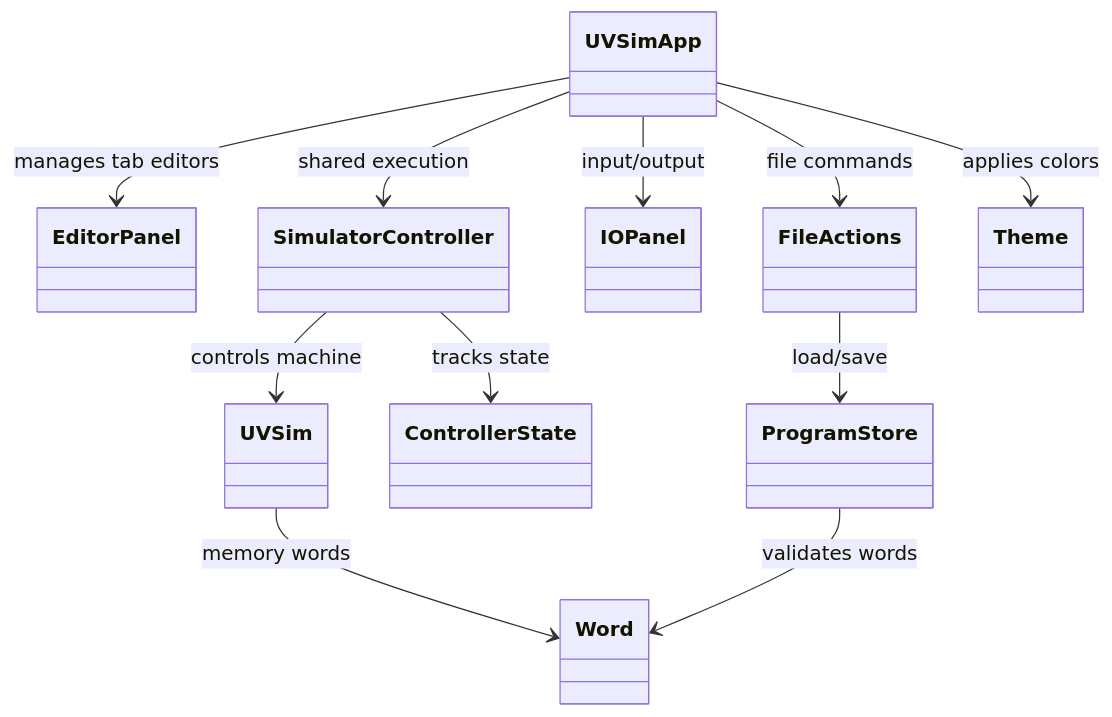
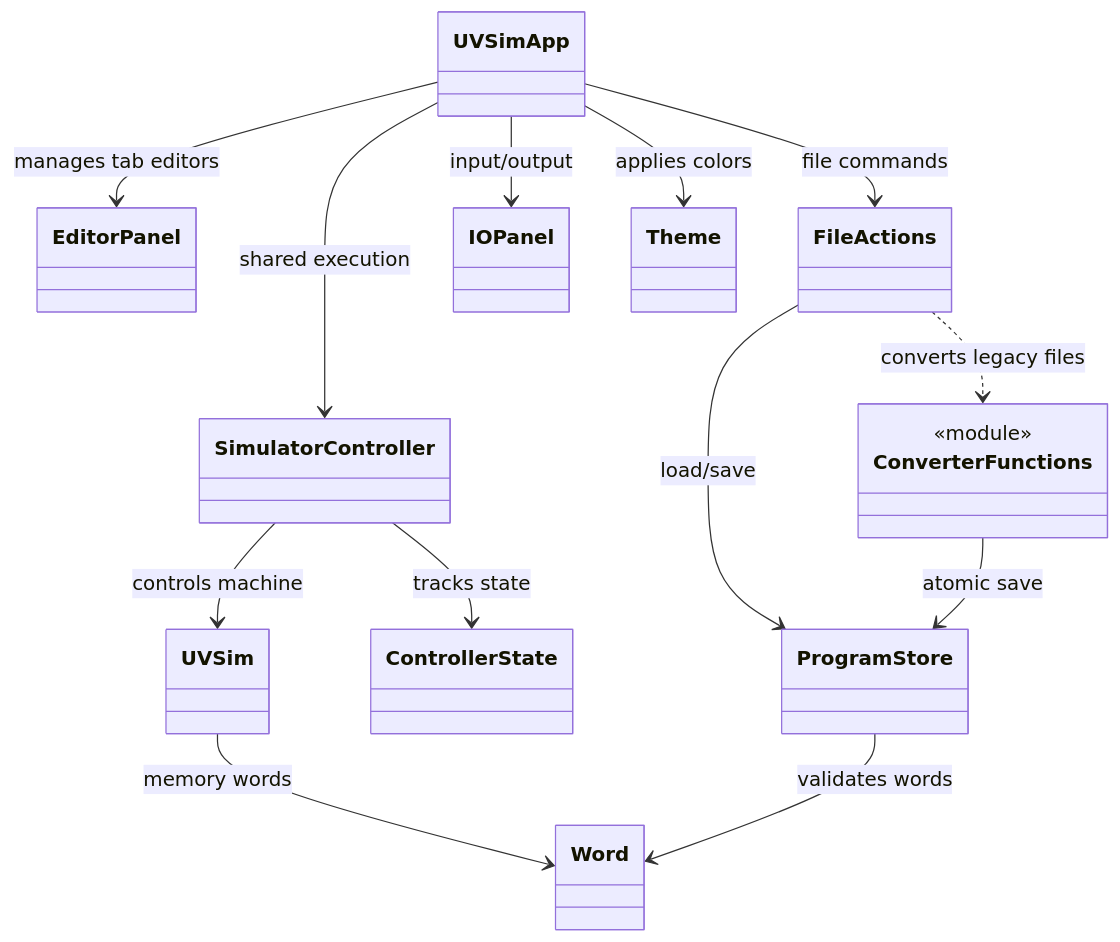
The diagram in Milestone 5/class-definitions.md (hchatwin-uvu/UVSim), drawn with Mermaid before and after one commit. The commit also changed other lines of this file and 13 other files, not shown here.

````diff
--- a/Milestone 5/class-definitions.md
+++ b/Milestone 5/class-definitions.md
@@ -7,13 +7,18 @@
 ```mermaid
 classDiagram
     UVSimApp --> EditorPanel : manages tab editors
     UVSimApp --> FileActions : file commands
     UVSimApp --> IOPanel : input/output
     UVSimApp --> SimulatorController : shared execution
     FileActions --> ProgramStore : load/save
+    class ConverterFunctions {
+        <<module>>
+    }
+    FileActions ..> ConverterFunctions : converts legacy files
+    ConverterFunctions --> ProgramStore : atomic save
     SimulatorController --> ControllerState : tracks state
     SimulatorController --> UVSim : controls machine
     UVSim --> Word : memory words
     ProgramStore --> Word : validates words
     UVSimApp --> Theme : applies colors
 ```
````
